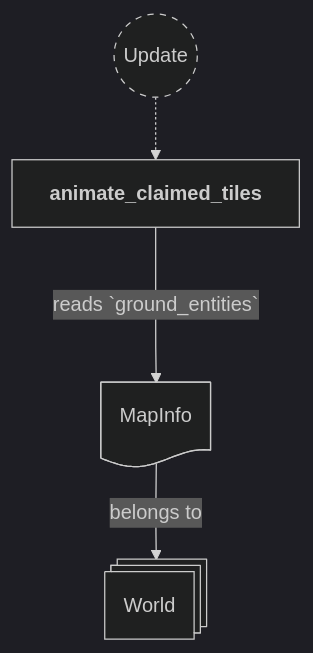
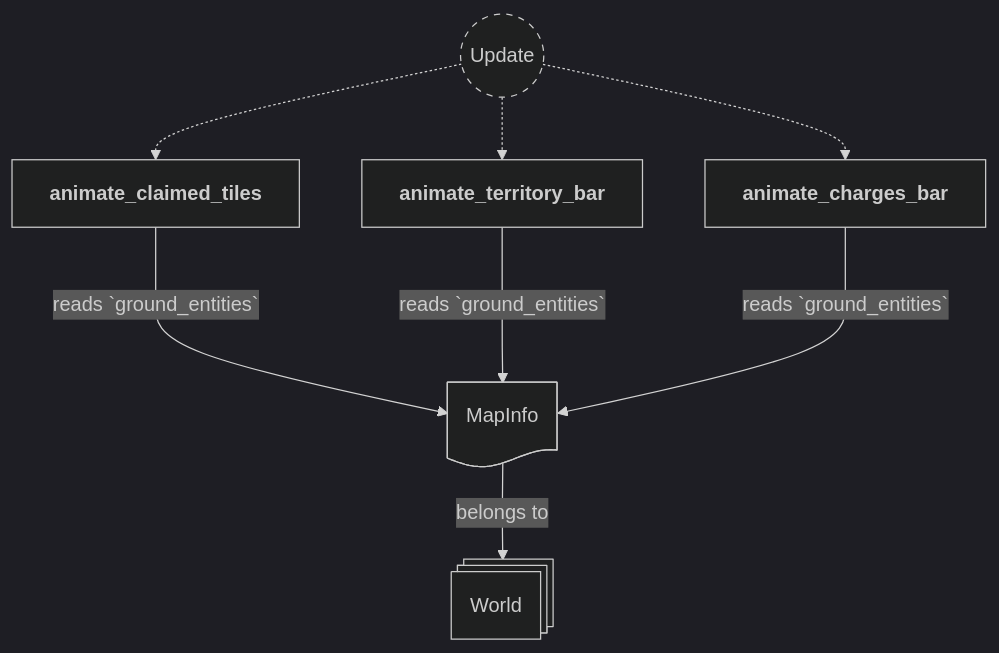
Before and after one commit to neurosoup/tyled: the eighth of 21 diagrams in backlog/docs/doc-14 - 012-HUD-plugin.md, drawn with Mermaid. The commit also changed other lines of this file and 4 other files, not shown here.

````diff
--- a/backlog/docs/doc-14 - 012-HUD-plugin.md
+++ b/backlog/docs/doc-14 - 012-HUD-plugin.md
@@ -379,21 +408,27 @@
 ```mermaid
 ---
 config:
   theme: dark
 ---
 
 flowchart TD
 classDef system-group stroke-dasharray: 5 5
 
 update(("`Update`")):::system-group
 animate_claimed_tiles["`**animate_claimed_tiles**`"]
+animate_territory_bar["`**animate_territory_bar**`"]
+animate_charges_bar["`**animate_charges_bar**`"]
 
 update -.-> animate_claimed_tiles
+update -.-> animate_territory_bar
+update -.-> animate_charges_bar
 
 world@{ shape: st-rect, label: "World" }
 map_info_res@{ shape: doc, label: "MapInfo" }
 
 map_info_res --> |belongs to| world
 
 animate_claimed_tiles ---> |reads `ground_entities`| map_info_res
+animate_territory_bar ---> |reads `ground_entities`| map_info_res
+animate_charges_bar ---> |reads `ground_entities`| map_info_res
 ```
````
